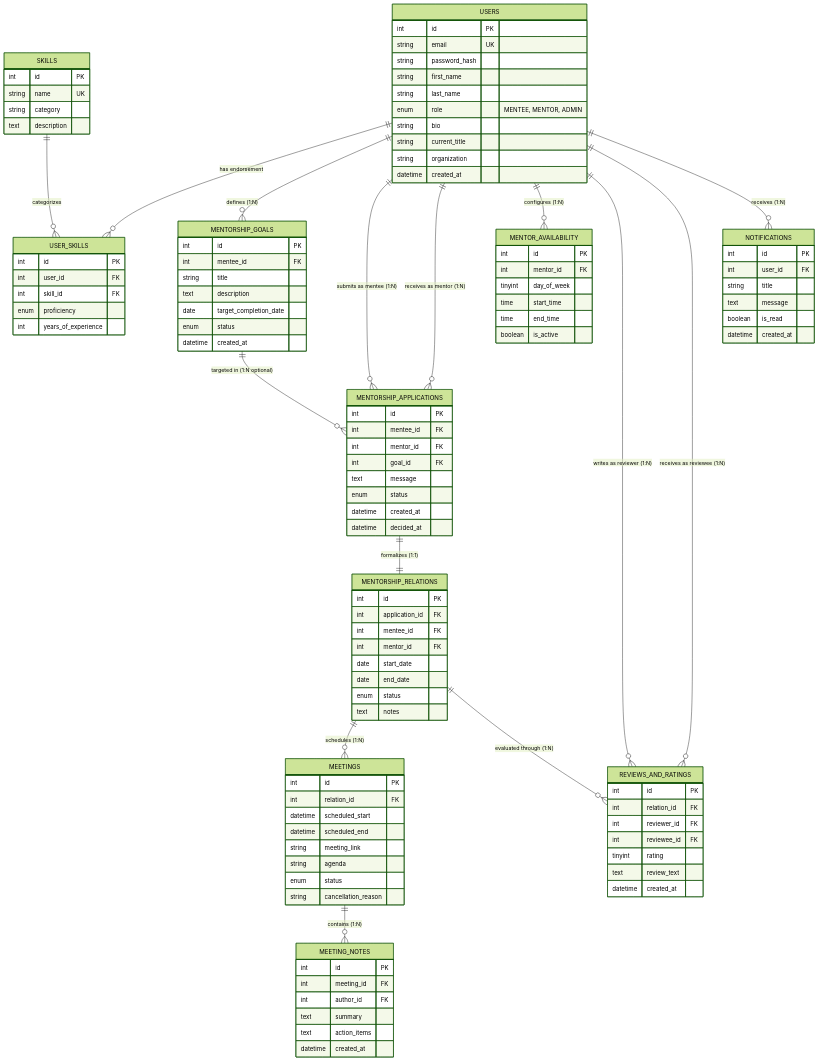
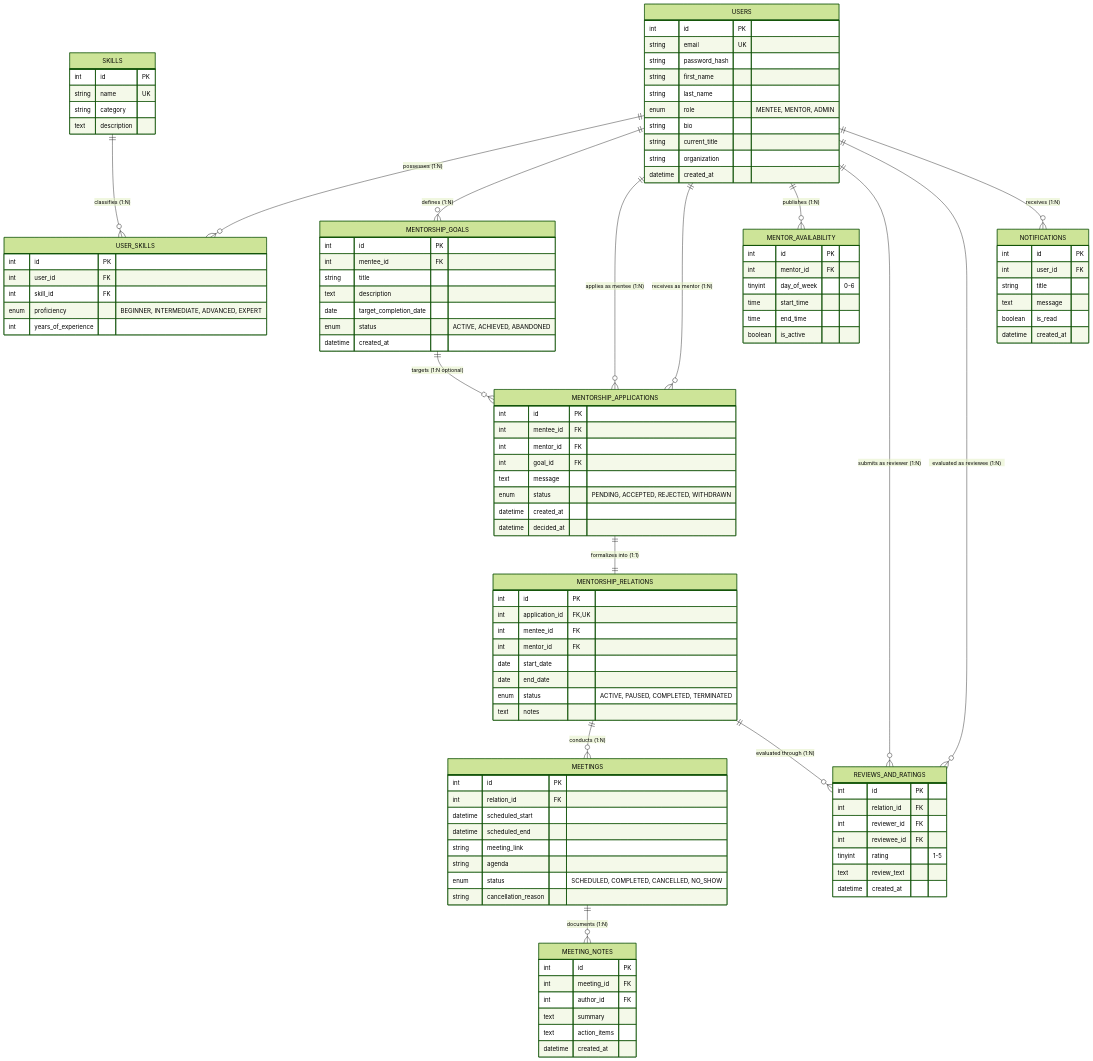
One commit to Abdullahon2006/mentor-platform changed the diagram in docs/milestone2_er_schema.md. Above: the diagram before and after it, drawn with Mermaid (forest theme). The commit also changed other lines of this file and 1 other file, not shown here.

````diff
--- a/docs/milestone2_er_schema.md
+++ b/docs/milestone2_er_schema.md
@@ -30,18 +69,18 @@
 ```mermaid
 erDiagram
-    USERS ||--o{ USER_SKILLS : "has endorsement"
-    SKILLS ||--o{ USER_SKILLS : "categorizes"
+    USERS ||--o{ USER_SKILLS : "possesses (1:N)"
+    SKILLS ||--o{ USER_SKILLS : "classifies (1:N)"
     USERS ||--o{ MENTORSHIP_GOALS : "defines (1:N)"
-    USERS ||--o{ MENTORSHIP_APPLICATIONS : "submits as mentee (1:N)"
+    USERS ||--o{ MENTORSHIP_APPLICATIONS : "applies as mentee (1:N)"
     USERS ||--o{ MENTORSHIP_APPLICATIONS : "receives as mentor (1:N)"
-    MENTORSHIP_GOALS ||--o{ MENTORSHIP_APPLICATIONS : "targeted in (1:N optional)"
-    MENTORSHIP_APPLICATIONS ||--|| MENTORSHIP_RELATIONS : "formalizes (1:1)"
-    USERS ||--o{ MENTOR_AVAILABILITY : "configures (1:N)"
-    MENTORSHIP_RELATIONS ||--o{ MEETINGS : "schedules (1:N)"
-    MEETINGS ||--o{ MEETING_NOTES : "contains (1:N)"
+    MENTORSHIP_GOALS ||--o{ MENTORSHIP_APPLICATIONS : "targets (1:N optional)"
+    MENTORSHIP_APPLICATIONS ||--|| MENTORSHIP_RELATIONS : "formalizes into (1:1)"
+    USERS ||--o{ MENTOR_AVAILABILITY : "publishes (1:N)"
+    MENTORSHIP_RELATIONS ||--o{ MEETINGS : "conducts (1:N)"
+    MEETINGS ||--o{ MEETING_NOTES : "documents (1:N)"
     MENTORSHIP_RELATIONS ||--o{ REVIEWS_AND_RATINGS : "evaluated through (1:N)"
-    USERS ||--o{ REVIEWS_AND_RATINGS : "writes as reviewer (1:N)"
-    USERS ||--o{ REVIEWS_AND_RATINGS : "receives as reviewee (1:N)"
+    USERS ||--o{ REVIEWS_AND_RATINGS : "submits as reviewer (1:N)"
+    USERS ||--o{ REVIEWS_AND_RATINGS : "evaluated as reviewee (1:N)"
     USERS ||--o{ NOTIFICATIONS : "receives (1:N)"
 
     USERS {
@@ -68,7 +107,7 @@
         int id PK
         int user_id FK
         int skill_id FK
-        enum proficiency
+        enum proficiency "BEGINNER, INTERMEDIATE, ADVANCED, EXPERT"
         int years_of_experience
     }
 
@@ -78,7 +117,7 @@
         string title
         text description
         date target_completion_date
-        enum status
+        enum status "ACTIVE, ACHIEVED, ABANDONED"
         datetime created_at
     }
 
@@ -88,26 +127,26 @@
         int mentor_id FK
         int goal_id FK
         text message
-        enum status
+        enum status "PENDING, ACCEPTED, REJECTED, WITHDRAWN"
         datetime created_at
         datetime decided_at
     }
 
     MENTORSHIP_RELATIONS {
         int id PK
-        int application_id FK
+        int application_id FK, UK
         int mentee_id FK
         int mentor_id FK
         date start_date
         date end_date
-        enum status
+        enum status "ACTIVE, PAUSED, COMPLETED, TERMINATED"
         text notes
     }
 
     MENTOR_AVAILABILITY {
         int id PK
         int mentor_id FK
-        tinyint day_of_week
+        tinyint day_of_week "0-6"
         time start_time
         time end_time
         boolean is_active
@@ -120,7 +159,7 @@
         datetime scheduled_end
         string meeting_link
         string agenda
-        enum status
+        enum status "SCHEDULED, COMPLETED, CANCELLED, NO_SHOW"
         string cancellation_reason
     }
 
@@ -138,7 +177,7 @@
         int relation_id FK
         int reviewer_id FK
         int reviewee_id FK
-        tinyint rating
+        tinyint rating "1-5"
         text review_text
         datetime created_at
     }
````
